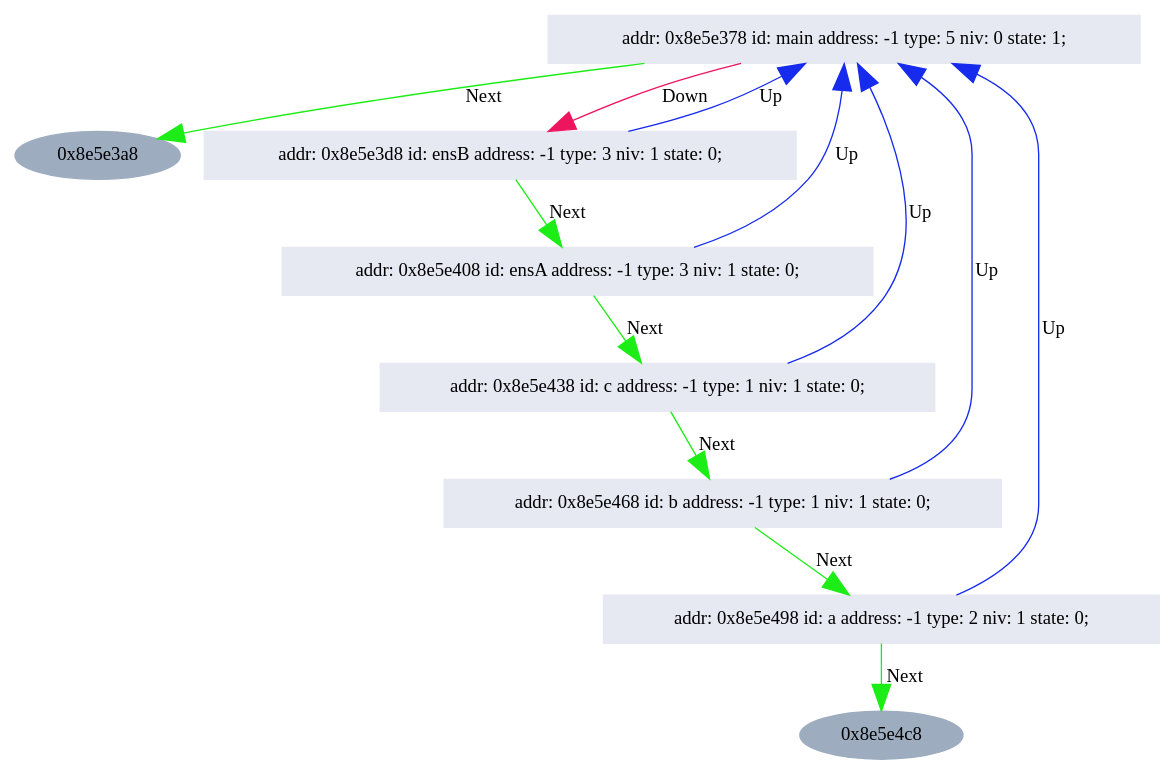
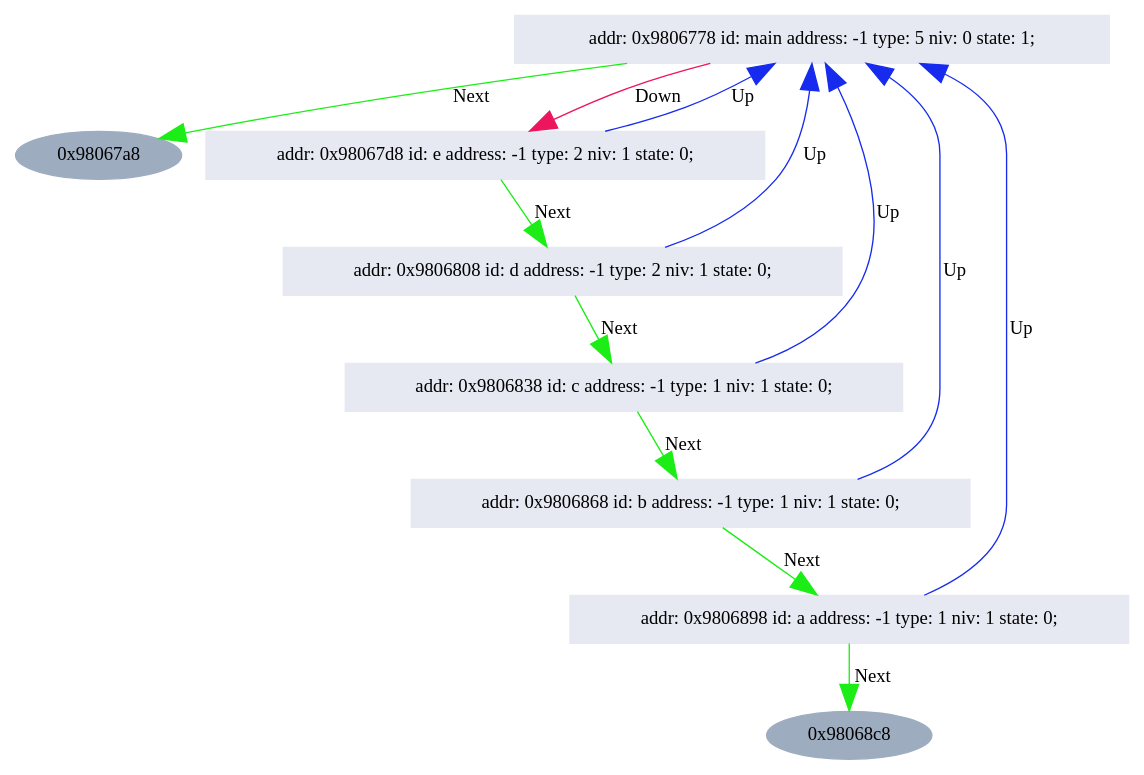
The diagram in lsd12/code/TabSymGraph.dot (w0lf3011/13-lsd12), drawn with Graphviz before and after one commit. The commit also changed 6 other files, not shown here.

```diff
--- a/lsd12/code/TabSymGraph.dot
+++ b/lsd12/code/TabSymGraph.dot
@@ -1,27 +1,27 @@
 //dot -Tjpg -oArbreGraph.jpg ArbreGraph.dot
 digraph LSD12{
 	bgcolor=white
 	node [color="#9DACBF", fontcolor="#000000", style=filled];
 	edge [arrowsize=2, color="#000000"];
 
 // A remplacer avec ce qu'il y a entre ";*** BEGIN printTreeGraphViz(..) +locations ***" et ";*** END printTreeGraphViz(..) +locations ***"
 
-"0x8e5e378"[shape=box, color="#e6e8f2", fontcolor="#000000",label="addr: 0x8e5e378 id: main address: -1 type: 5 niv: 0 state: 1;"];
-"0x8e5e378" -> "0x8e5e3a8" [color="#1DED16", label="Next"];
-"0x8e5e378" -> "0x8e5e3d8"[color="#ED165E", label="Down"];
-"0x8e5e3d8"[shape=box, color="#e6e8f2", fontcolor="#000000",label="addr: 0x8e5e3d8 id: ensB address: -1 type: 3 niv: 1 state: 0;"];
-"0x8e5e3d8" -> "0x8e5e408" [color="#1DED16", label="Next"];
-"0x8e5e3d8" -> "0x8e5e378"[color="#162BED", label="Up"];
-"0x8e5e408"[shape=box, color="#e6e8f2", fontcolor="#000000",label="addr: 0x8e5e408 id: ensA address: -1 type: 3 niv: 1 state: 0;"];
-"0x8e5e408" -> "0x8e5e438" [color="#1DED16", label="Next"];
-"0x8e5e408" -> "0x8e5e378"[color="#162BED", label="Up"];
-"0x8e5e438"[shape=box, color="#e6e8f2", fontcolor="#000000",label="addr: 0x8e5e438 id: c address: -1 type: 1 niv: 1 state: 0;"];
-"0x8e5e438" -> "0x8e5e468" [color="#1DED16", label="Next"];
-"0x8e5e438" -> "0x8e5e378"[color="#162BED", label="Up"];
-"0x8e5e468"[shape=box, color="#e6e8f2", fontcolor="#000000",label="addr: 0x8e5e468 id: b address: -1 type: 1 niv: 1 state: 0;"];
-"0x8e5e468" -> "0x8e5e498" [color="#1DED16", label="Next"];
-"0x8e5e468" -> "0x8e5e378"[color="#162BED", label="Up"];
-"0x8e5e498"[shape=box, color="#e6e8f2", fontcolor="#000000",label="addr: 0x8e5e498 id: a address: -1 type: 2 niv: 1 state: 0;"];
-"0x8e5e498" -> "0x8e5e4c8" [color="#1DED16", label="Next"];
-"0x8e5e498" -> "0x8e5e378"[color="#162BED", label="Up"];
+"0x9806778"[shape=box, color="#e6e8f2", fontcolor="#000000",label="addr: 0x9806778 id: main address: -1 type: 5 niv: 0 state: 1;"];
+"0x9806778" -> "0x98067a8" [color="#1DED16", label="Next"];
+"0x9806778" -> "0x98067d8"[color="#ED165E", label="Down"];
+"0x98067d8"[shape=box, color="#e6e8f2", fontcolor="#000000",label="addr: 0x98067d8 id: e address: -1 type: 2 niv: 1 state: 0;"];
+"0x98067d8" -> "0x9806808" [color="#1DED16", label="Next"];
+"0x98067d8" -> "0x9806778"[color="#162BED", label="Up"];
+"0x9806808"[shape=box, color="#e6e8f2", fontcolor="#000000",label="addr: 0x9806808 id: d address: -1 type: 2 niv: 1 state: 0;"];
+"0x9806808" -> "0x9806838" [color="#1DED16", label="Next"];
+"0x9806808" -> "0x9806778"[color="#162BED", label="Up"];
+"0x9806838"[shape=box, color="#e6e8f2", fontcolor="#000000",label="addr: 0x9806838 id: c address: -1 type: 1 niv: 1 state: 0;"];
+"0x9806838" -> "0x9806868" [color="#1DED16", label="Next"];
+"0x9806838" -> "0x9806778"[color="#162BED", label="Up"];
+"0x9806868"[shape=box, color="#e6e8f2", fontcolor="#000000",label="addr: 0x9806868 id: b address: -1 type: 1 niv: 1 state: 0;"];
+"0x9806868" -> "0x9806898" [color="#1DED16", label="Next"];
+"0x9806868" -> "0x9806778"[color="#162BED", label="Up"];
+"0x9806898"[shape=box, color="#e6e8f2", fontcolor="#000000",label="addr: 0x9806898 id: a address: -1 type: 1 niv: 1 state: 0;"];
+"0x9806898" -> "0x98068c8" [color="#1DED16", label="Next"];
+"0x9806898" -> "0x9806778"[color="#162BED", label="Up"];
 }
```
